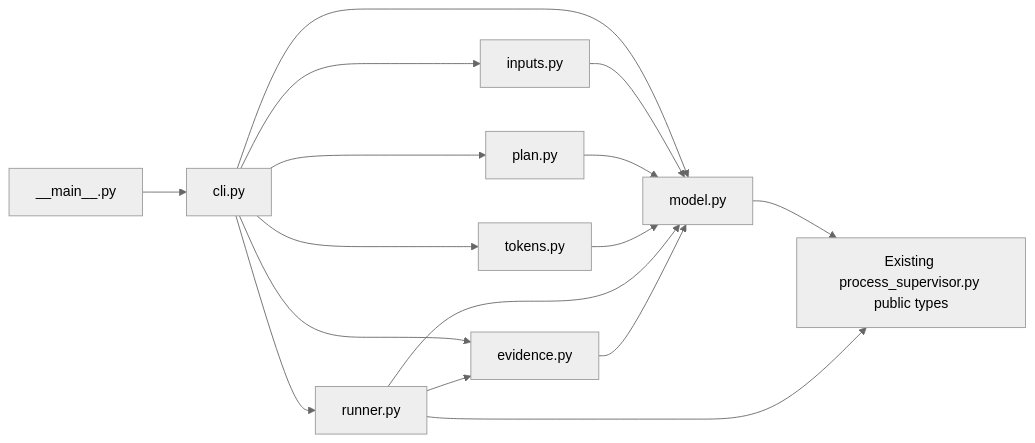
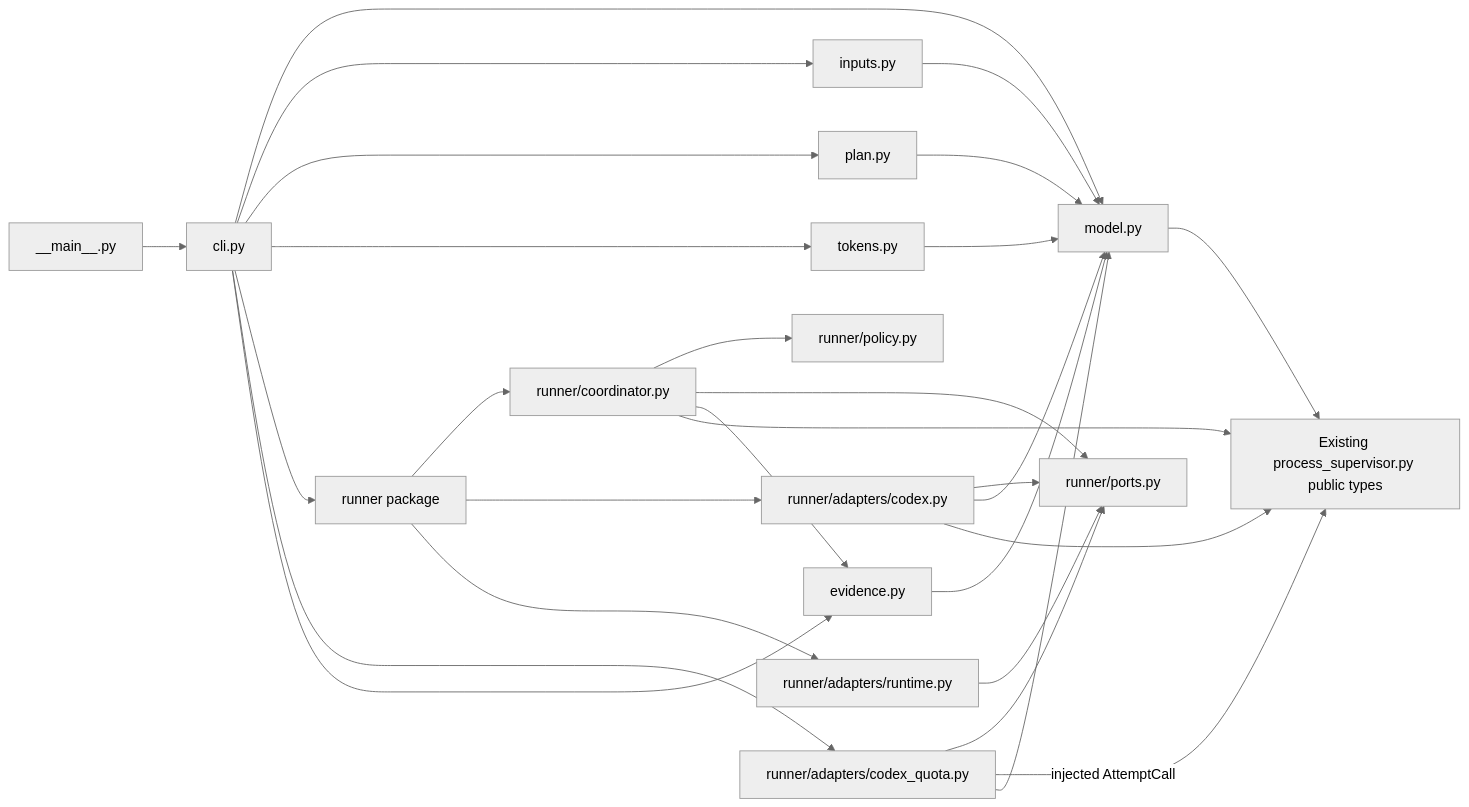
One commit to msitarz/ataraxia changed the second of 2 diagrams in doc/feat/reviewer/engineering/evaluation/evaluation-harness/architecture.md. Above: the diagram before and after it, drawn with Mermaid (neutral theme). The commit also changed other lines of this file and 19 other files, not shown here.

First line of the commit message:
Update evaluation harness recovery architecture (#392)

````diff
--- a/doc/feat/reviewer/engineering/evaluation/evaluation-harness/architecture.md
+++ b/doc/feat/reviewer/engineering/evaluation/evaluation-harness/architecture.md
@@ -402,18 +642,30 @@
 ```mermaid
 flowchart LR
     CLI[cli.py] --> MODEL[model.py]
     CLI --> INPUTS[inputs.py]
     CLI --> PLAN[plan.py]
     CLI --> TOKENS[tokens.py]
-    CLI --> RUNNER[runner.py]
+    CLI --> RUNNER[runner package]
+    CLI --> QUOTA[runner/adapters/codex_quota.py]
     CLI --> EVIDENCE[evidence.py]
+    RUNNER --> COORD[runner/coordinator.py]
+    RUNNER --> CODEX[runner/adapters/codex.py]
+    RUNNER --> RUNTIME[runner/adapters/runtime.py]
+    COORD --> POLICY[runner/policy.py]
+    COORD --> PORTS[runner/ports.py]
+    CODEX --> PORTS
+    QUOTA --> PORTS
+    RUNTIME --> PORTS
+    QUOTA -->|injected AttemptCall| SUP[Existing process supervisor]
+    CODEX --> MODEL
+    QUOTA --> MODEL
     INPUTS --> MODEL
     PLAN --> MODEL
     TOKENS --> MODEL
-    RUNNER --> MODEL
-    RUNNER --> EVIDENCE
+    COORD --> EVIDENCE
     EVIDENCE --> MODEL
     MODEL --> SUP[Existing process_supervisor.py public types]
-    RUNNER --> SUP
+    COORD --> SUP
+    CODEX --> SUP
     MAIN[__main__.py] --> CLI
 ```
````
